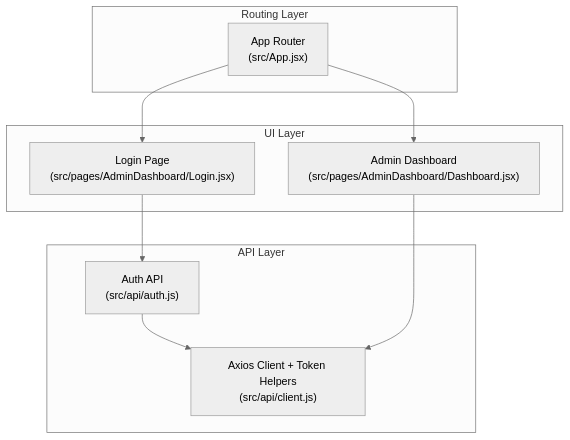
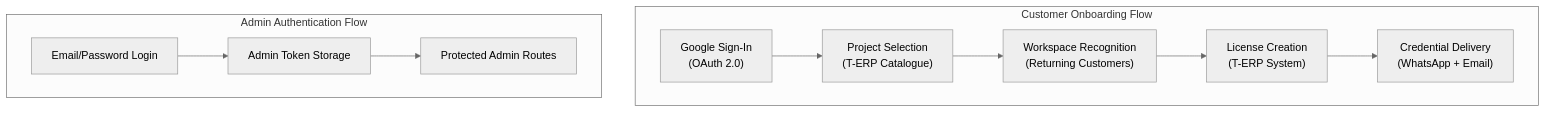
The first of 4 diagrams in .qoder/repowiki/en/content/Application Architecture/Authentication & Authorization.md (imcbsglobal/TRELLISCO_ERP_FRONTEND), drawn with Mermaid (neutral theme) before and after one commit. The commit also changed other lines of this file and 35 other files, not shown here.

Commit message:
centralised county add to T-ERP LOGIN

````diff
--- a/.qoder/repowiki/en/content/Application Architecture/Authentication & Authorization.md
+++ b/.qoder/repowiki/en/content/Application Architecture/Authentication & Authorization.md
@@ -39,19 +52,17 @@
 ```mermaid
 graph TB
-subgraph "UI Layer"
-LOGIN["Login Page<br/>(src/pages/AdminDashboard/Login.jsx)"]
-DASHBOARD["Admin Dashboard<br/>(src/pages/AdminDashboard/Dashboard.jsx)"]
+subgraph "Customer Onboarding Flow"
+GOOGLE["Google Sign-In<br/>(OAuth 2.0)"]
+PROJECTS["Project Selection<br/>(T-ERP Catalogue)"]
+WORKSPACE["Workspace Recognition<br/>(Returning Customers)"]
+LICENSE["License Creation<br/>(T-ERP System)"]
+CREDENTIALS["Credential Delivery<br/>(WhatsApp + Email)"]
 end
-subgraph "Routing Layer"
-APP["App Router<br/>(src/App.jsx)"]
+subgraph "Admin Authentication Flow"
+TRADITIONAL["Email/Password Login"]
+ADMIN_TOKEN["Admin Token Storage"]
+PROTECTED["Protected Admin Routes"]
 end
-subgraph "API Layer"
-AUTH_API["Auth API<br/>(src/api/auth.js)"]
-CLIENT["Axios Client + Token Helpers<br/>(src/api/client.js)"]
-end
-LOGIN --> AUTH_API
-AUTH_API --> CLIENT
-APP --> LOGIN
-APP --> DASHBOARD
-DASHBOARD --> CLIENT
+GOOGLE --> PROJECTS --> WORKSPACE --> LICENSE --> CREDENTIALS
+TRADITIONAL --> ADMIN_TOKEN --> PROTECTED
 ```
````
